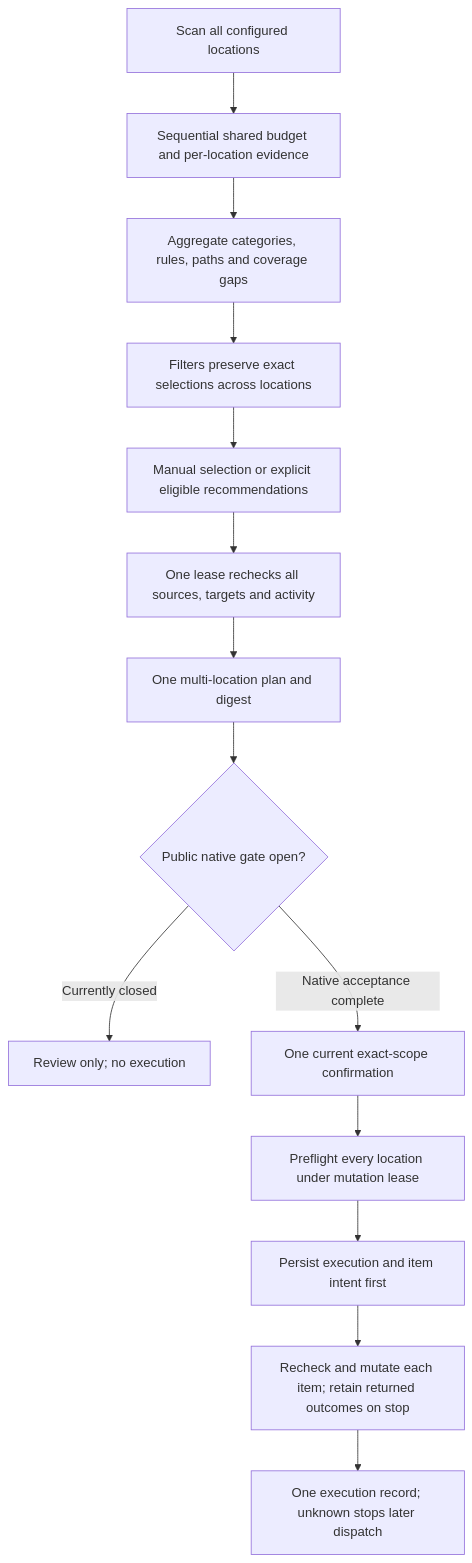
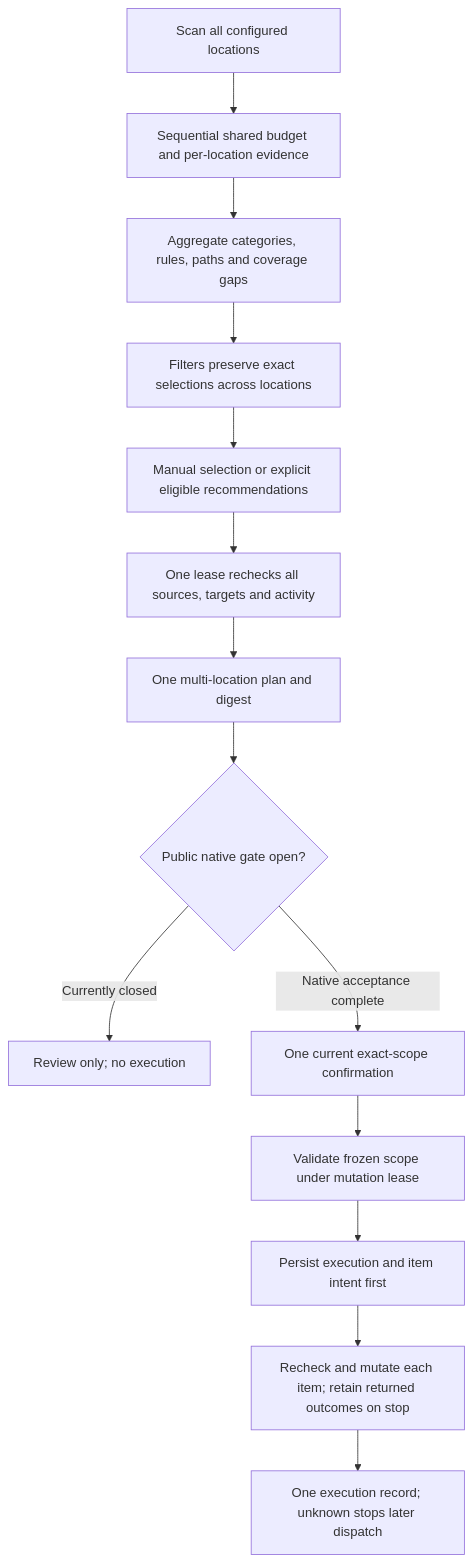
One commit to limecloud/shou changed the first of 5 diagrams in docs/product/unified-cleanup.md. Above: the diagram before and after it, drawn with Mermaid. The commit also changed other lines of this file and 162 other files, not shown here.

````diff
--- a/docs/product/unified-cleanup.md
+++ b/docs/product/unified-cleanup.md
@@ -27,16 +27,16 @@
 ```mermaid
 flowchart TD
     Start[Scan all configured locations] --> Read[Sequential shared budget and per-location evidence]
     Read --> Results[Aggregate categories, rules, paths and coverage gaps]
     Results --> Filter[Filters preserve exact selections across locations]
     Filter --> Select[Manual selection or explicit eligible recommendations]
     Select --> Verify[One lease rechecks all sources, targets and activity]
     Verify --> Plan[One multi-location plan and digest]
     Plan --> Gate{Public native gate open?}
     Gate -->|Currently closed| Review[Review only; no execution]
     Gate -->|Native acceptance complete| Confirm[One current exact-scope confirmation]
-    Confirm --> Preflight[Preflight every location under mutation lease]
+    Confirm --> Preflight[Validate frozen scope under mutation lease]
     Preflight --> Intent[Persist execution and item intent first]
     Intent --> Mutation[Recheck and mutate each item; retain returned outcomes on stop]
     Mutation --> Receipt[One execution record; unknown stops later dispatch]
 ```
````
